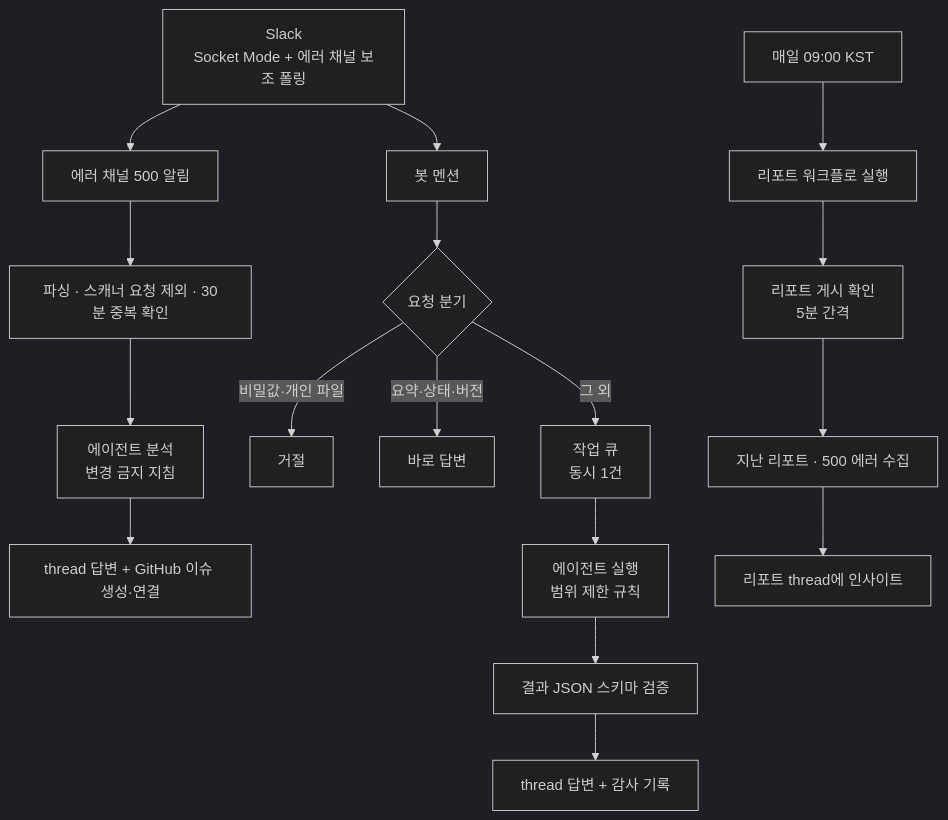
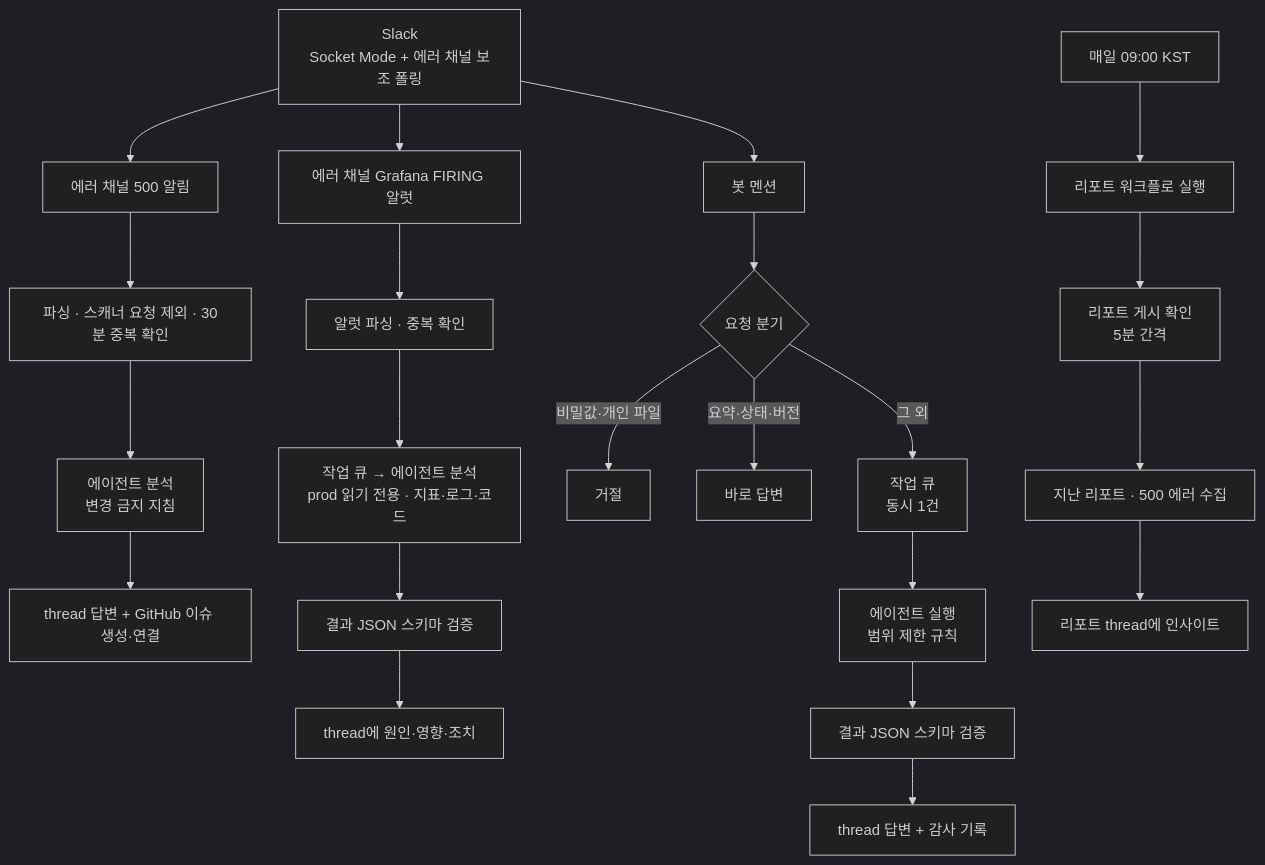
The diagram in README.md (msk226/mody-slack-bot), drawn with Mermaid (dark theme) before and after one commit. The commit also changed other lines of this file, not shown here.

Commit message:
docs: describe Grafana alert analysis and update test count in README

````diff
--- a/README.md
+++ b/README.md
@@ -54,23 +56,29 @@
 ```mermaid
 flowchart TD
     S[Slack<br/>Socket Mode + 에러 채널 보조 폴링]
 
     S --> E[에러 채널 500 알림]
     E --> E1[파싱 · 스캐너 요청 제외 · 30분 중복 확인]
     E1 --> E2[에이전트 분석<br/>변경 금지 지침]
     E2 --> E3[thread 답변 + GitHub 이슈 생성·연결]
+
+    S --> G[에러 채널 Grafana FIRING 알럿]
+    G --> G1[알럿 파싱 · 중복 확인]
+    G1 --> G2[작업 큐 → 에이전트 분석<br/>prod 읽기 전용 · 지표·로그·코드]
+    G2 --> G3[결과 JSON 스키마 검증]
+    G3 --> G4[thread에 원인·영향·조치]
 
     S --> M[봇 멘션]
     M --> M1{요청 분기}
     M1 -->|비밀값·개인 파일| R[거절]
     M1 -->|요약·상태·버전| Q[바로 답변]
     M1 -->|그 외| J[작업 큐<br/>동시 1건]
     J --> A[에이전트 실행<br/>범위 제한 규칙]
     A --> V[결과 JSON 스키마 검증]
     V --> T[thread 답변 + 감사 기록]
 
     C[매일 09:00 KST] --> D[리포트 워크플로 실행]
     D --> D1[리포트 게시 확인<br/>5분 간격]
     D1 --> D2[지난 리포트 · 500 에러 수집]
     D2 --> D3[리포트 thread에 인사이트]
 ```
````
